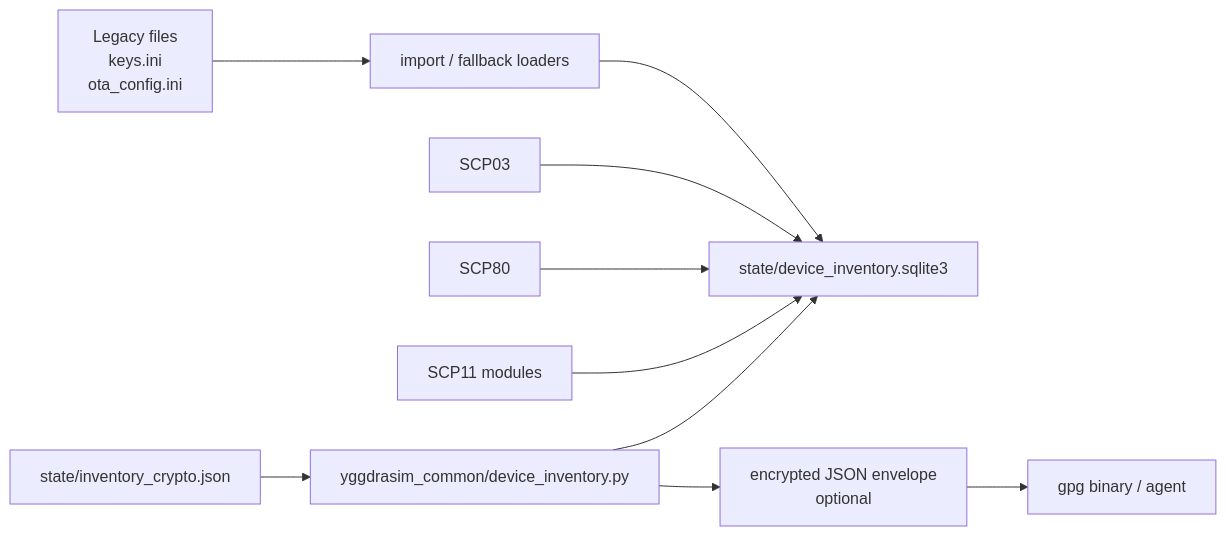
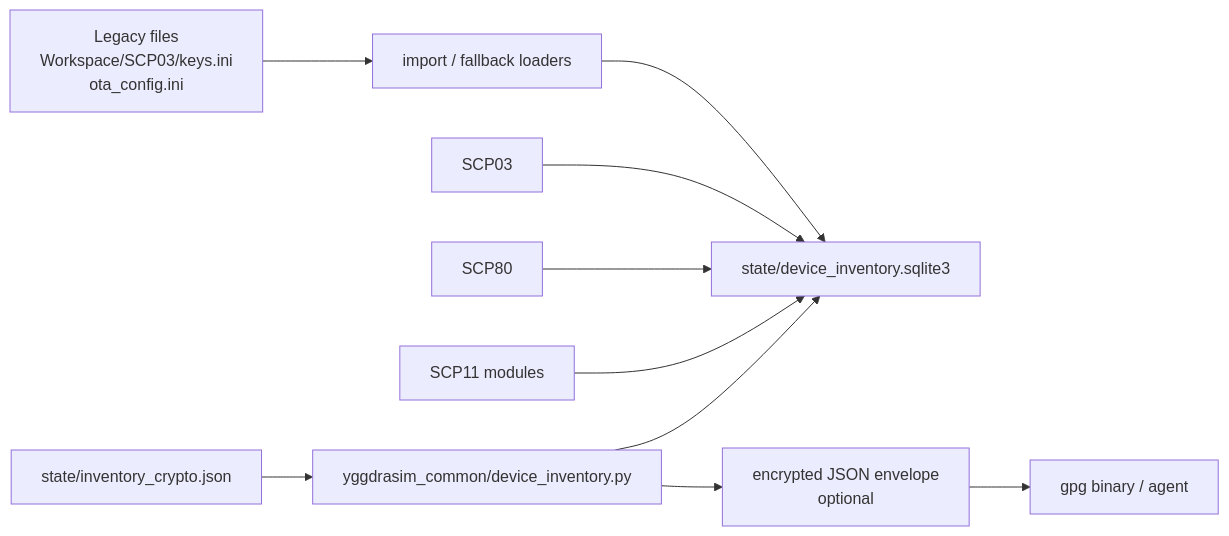
The fourth of 9 diagrams in ARCHITECTURE.md (1oT/YggdraSIM), drawn with Mermaid before and after one commit. The commit also changed other lines of this file and 169 other files, not shown here.

````diff
--- a/ARCHITECTURE.md
+++ b/ARCHITECTURE.md
@@ -217,14 +217,14 @@
 ```mermaid
 flowchart LR
-    Legacy["Legacy files<br/>keys.ini<br/>ota_config.ini"] --> Import["import / fallback loaders"]
+    Legacy["Legacy files<br/>Workspace/SCP03/keys.ini<br/>ota_config.ini"] --> Import["import / fallback loaders"]
     Import --> SQLite["state/device_inventory.sqlite3"]
 
     SCP03["SCP03"] --> SQLite
     SCP80["SCP80"] --> SQLite
     SCP11["SCP11 modules"] --> SQLite
 
     CryptoConfig["state/inventory_crypto.json"] --> InventoryLayer["yggdrasim_common/device_inventory.py"]
     InventoryLayer --> SQLite
     InventoryLayer --> Envelope["encrypted JSON envelope<br/>optional"]
     Envelope --> Gpg["gpg binary / agent"]
 ```
````
